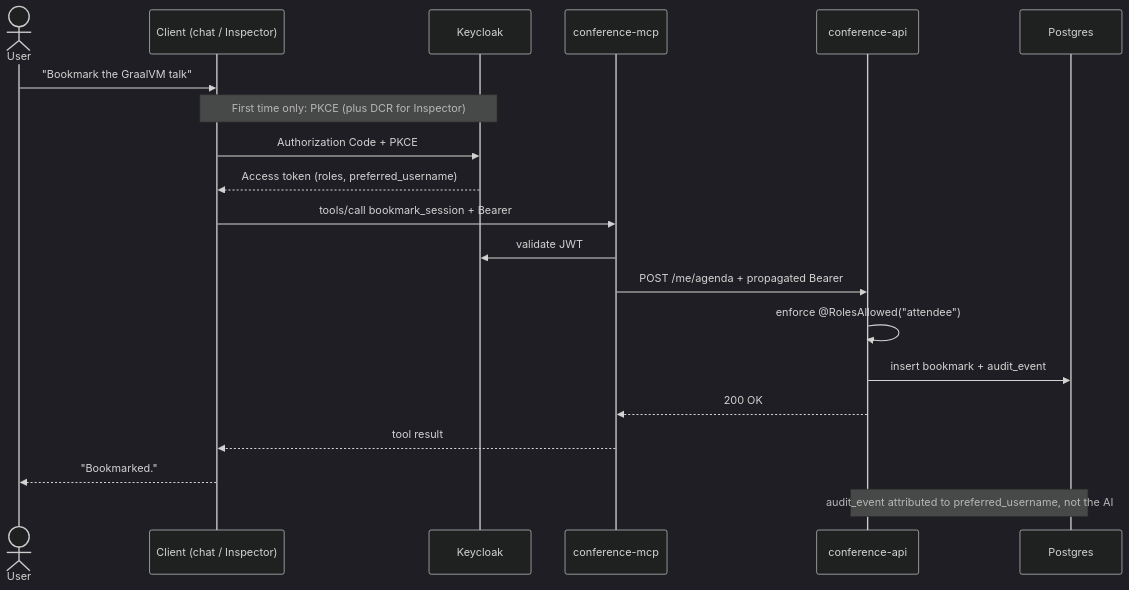
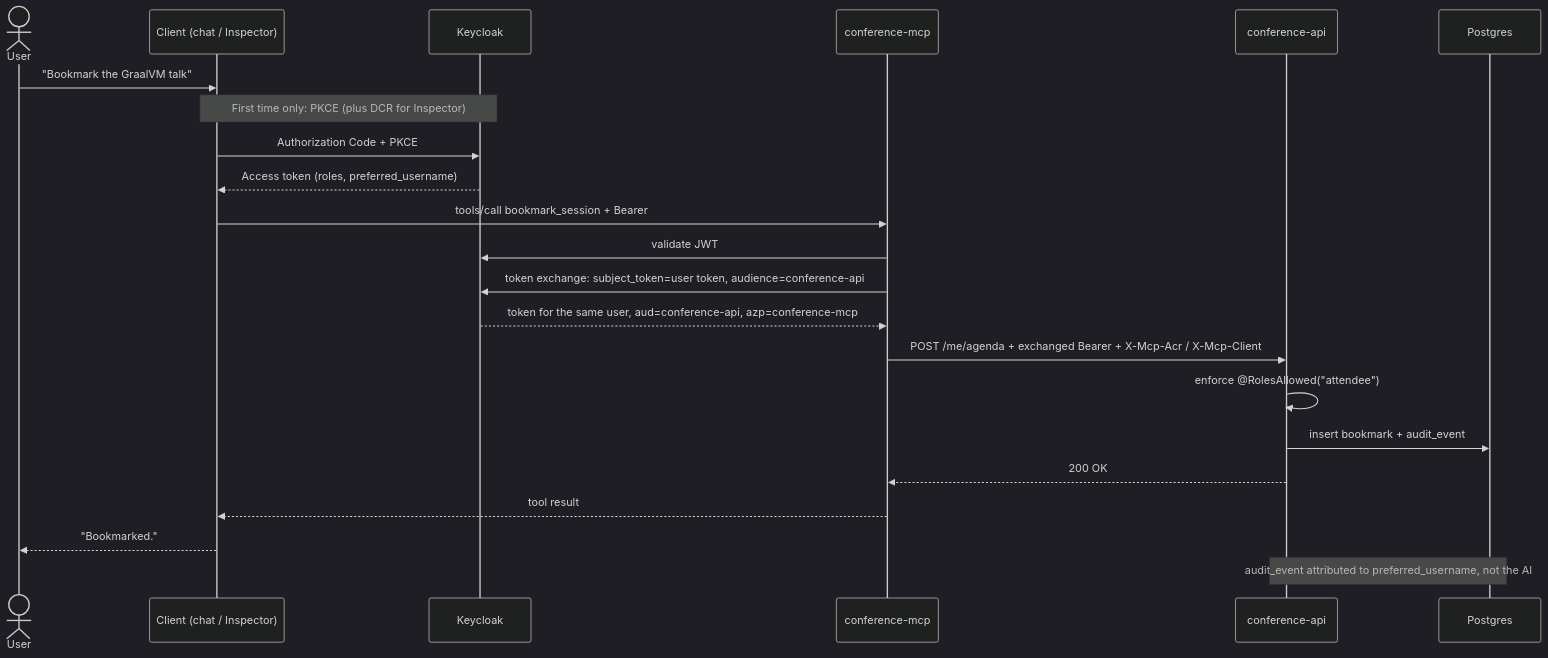
One commit to wjglerum/quarkus-mcp-porto-tech-hub-2026 changed the second of 2 diagrams in README.md. Above: the diagram before and after it, drawn with Mermaid (dark theme). The commit also changed other lines of this file and 17 other files, not shown here.

````diff
--- a/README.md
+++ b/README.md
@@ -52,23 +53,25 @@
 ```mermaid
 sequenceDiagram
   actor User
   participant C as Client (chat / Inspector)
   participant KC as Keycloak
   participant MCP as conference-mcp
   participant API as conference-api
   participant DB as Postgres
 
   User->>C: "Bookmark the GraalVM talk"
   Note over C,KC: First time only: PKCE (plus DCR for Inspector)
   C->>KC: Authorization Code + PKCE
   KC-->>C: Access token (roles, preferred_username)
   C->>MCP: tools/call bookmark_session + Bearer
   MCP->>KC: validate JWT
-  MCP->>API: POST /me/agenda + propagated Bearer
+  MCP->>KC: token exchange: subject_token=user token, audience=conference-api
+  KC-->>MCP: token for the same user, aud=conference-api, azp=conference-mcp
+  MCP->>API: POST /me/agenda + exchanged Bearer + X-Mcp-Acr / X-Mcp-Client
   API->>API: enforce @RolesAllowed("attendee")
   API->>DB: insert bookmark + audit_event
   API-->>MCP: 200 OK
   MCP-->>C: tool result
   C-->>User: "Bookmarked."
   Note over API,DB: audit_event attributed to preferred_username, not the AI
 ```
````
